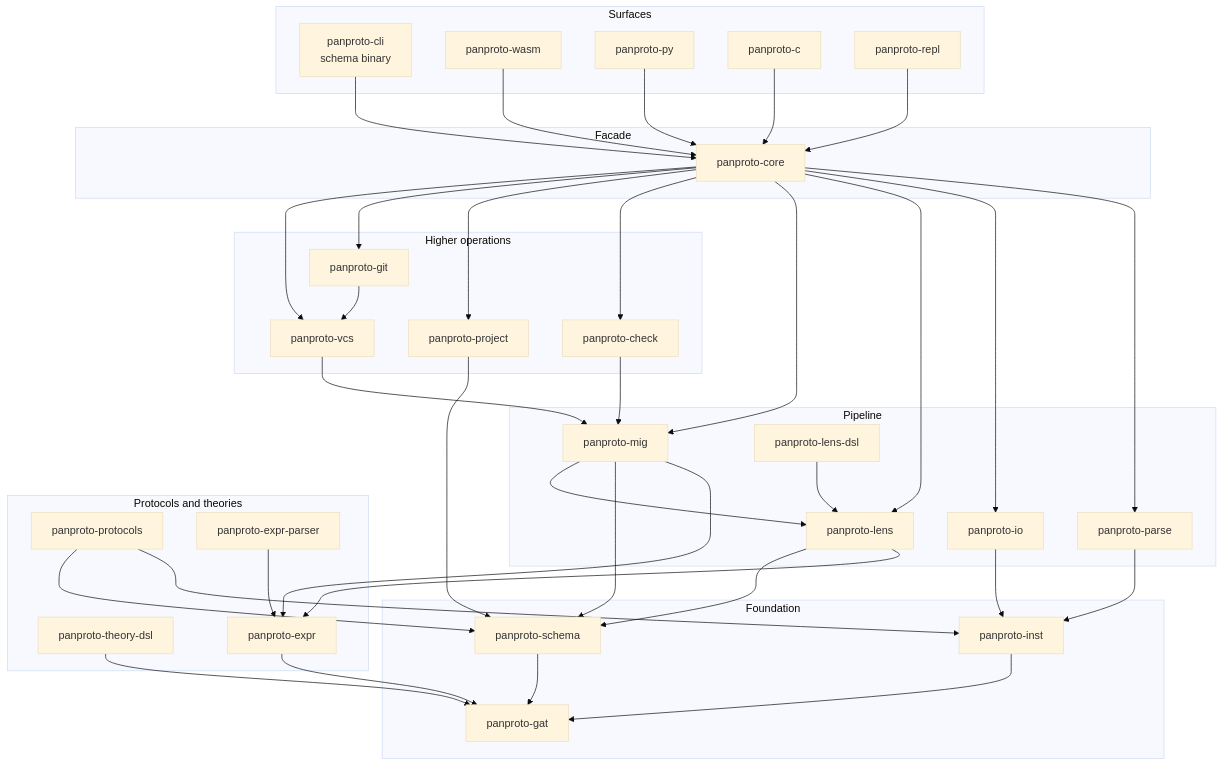
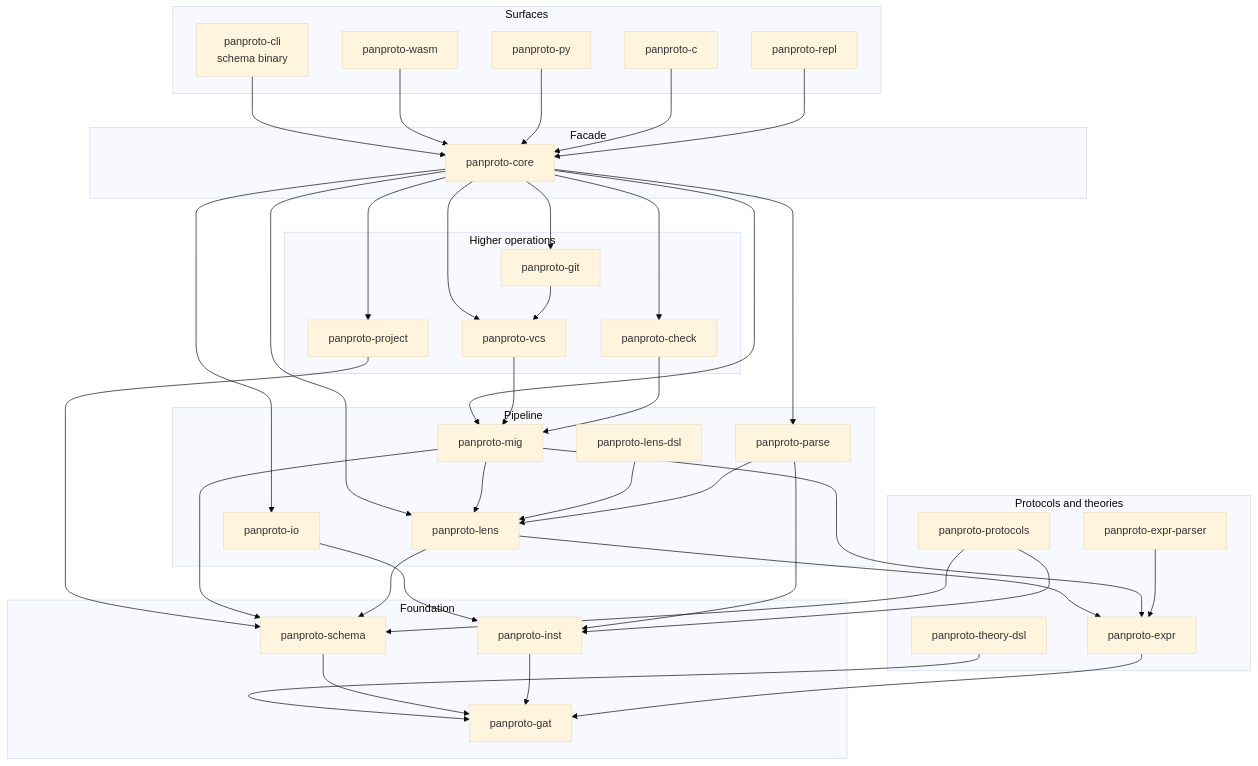
The diagram in book/src/explanation/architecture.md (panproto/panproto), drawn with Mermaid (base theme) before and after one commit. The commit also changed other lines of this file and 106 other files, not shown here.

First line of the commit message:
feat: parse/decorate/emit lens (#102) + book Rust blocks tested in CI (#103)

````diff
--- a/book/src/explanation/architecture.md
+++ b/book/src/explanation/architecture.md
@@ -7,79 +7,80 @@
 ```mermaid
 graph TD
     subgraph "Surfaces"
         CLI[panproto-cli<br/>schema binary]
         WASM[panproto-wasm]
         PY[panproto-py]
         C[panproto-c]
         REPL[panproto-repl]
     end
 
     subgraph "Facade"
         CORE[panproto-core]
     end
 
     subgraph "Higher operations"
         VCS[panproto-vcs]
         GIT[panproto-git]
         PROJ[panproto-project]
         CHECK[panproto-check]
     end
 
     subgraph "Pipeline"
         MIG[panproto-mig]
         LENS[panproto-lens]
         LENSDSL[panproto-lens-dsl]
         IO[panproto-io]
         PARSE[panproto-parse]
     end
 
     subgraph "Protocols and theories"
         PROTOS[panproto-protocols]
         THEORYDSL[panproto-theory-dsl]
         EXPR[panproto-expr]
         EXPRPARSER[panproto-expr-parser]
     end
 
     subgraph "Foundation"
         GAT[panproto-gat]
         SCHEMA[panproto-schema]
         INST[panproto-inst]
     end
 
     CLI --> CORE
     WASM --> CORE
     PY --> CORE
     C --> CORE
     REPL --> CORE
 
     CORE --> VCS
     CORE --> GIT
     CORE --> PROJ
     CORE --> CHECK
     CORE --> MIG
     CORE --> LENS
     CORE --> IO
     CORE --> PARSE
 
     VCS --> MIG
     GIT --> VCS
     PROJ --> SCHEMA
     CHECK --> MIG
     MIG --> LENS
     MIG --> SCHEMA
     LENS --> SCHEMA
     LENSDSL --> LENS
     IO --> INST
     PARSE --> INST
+    PARSE --> LENS
 
     LENS --> EXPR
     MIG --> EXPR
     EXPRPARSER --> EXPR
     PROTOS --> SCHEMA
     PROTOS --> INST
     THEORYDSL --> GAT
 
     SCHEMA --> GAT
     INST --> GAT
     EXPR --> GAT
 ```
````
